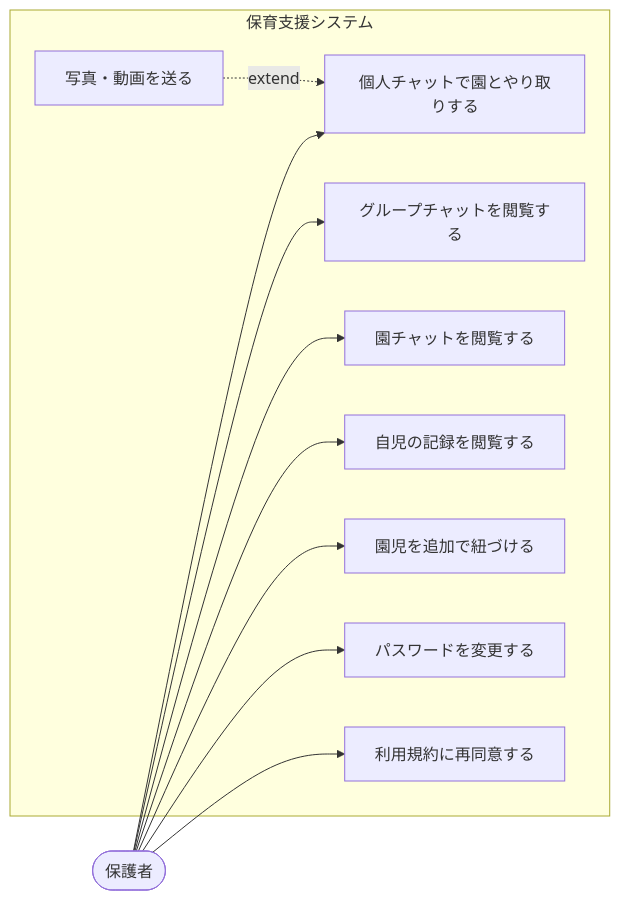
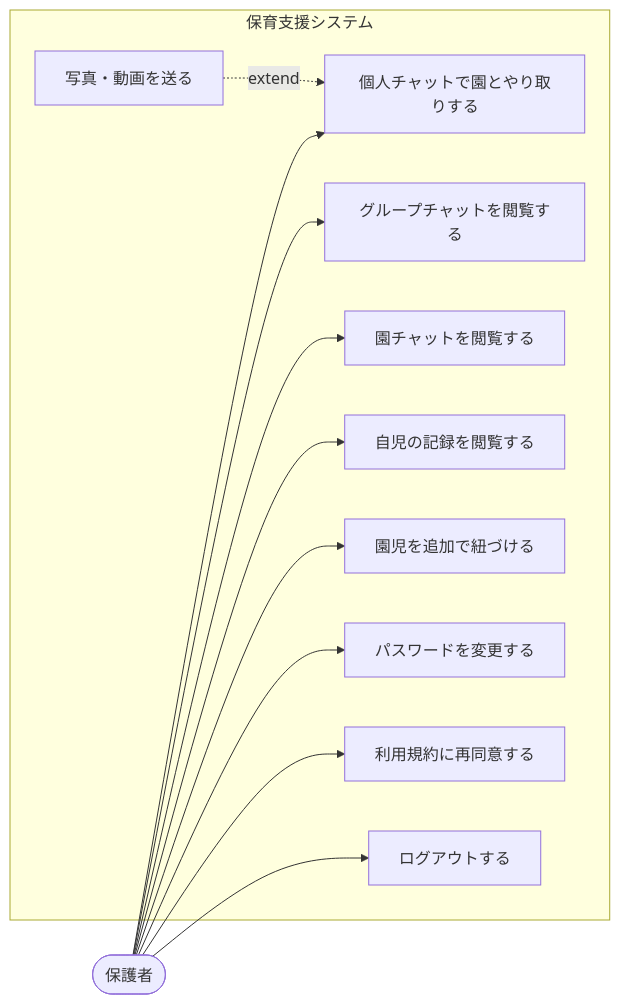
Before and after one commit to issei0423/sukusuku_system: the third of 5 diagrams in 図/ユースケース図.md, drawn with Mermaid. The commit also changed other lines of this file and 5 other files, not shown here.

````diff
--- a/図/ユースケース図.md
+++ b/図/ユースケース図.md
@@ -108,24 +118,26 @@
 ```mermaid
 flowchart LR
     GUARD(["保護者"])
 
     subgraph SYS["保育支援システム"]
         G1["個人チャットで園とやり取りする"]
         G2["グループチャットを閲覧する"]
         G3["園チャットを閲覧する"]
         G4["自児の記録を閲覧する"]
         G5["写真・動画を送る"]
         G6["園児を追加で紐づける"]
         G7["パスワードを変更する"]
         G8["利用規約に再同意する"]
+        G9["ログアウトする"]
     end
 
     GUARD --> G1
     GUARD --> G2
     GUARD --> G3
     GUARD --> G4
     GUARD --> G6
     GUARD --> G7
     GUARD --> G8
+    GUARD --> G9
     G5 -.->|extend| G1
 ```
````
